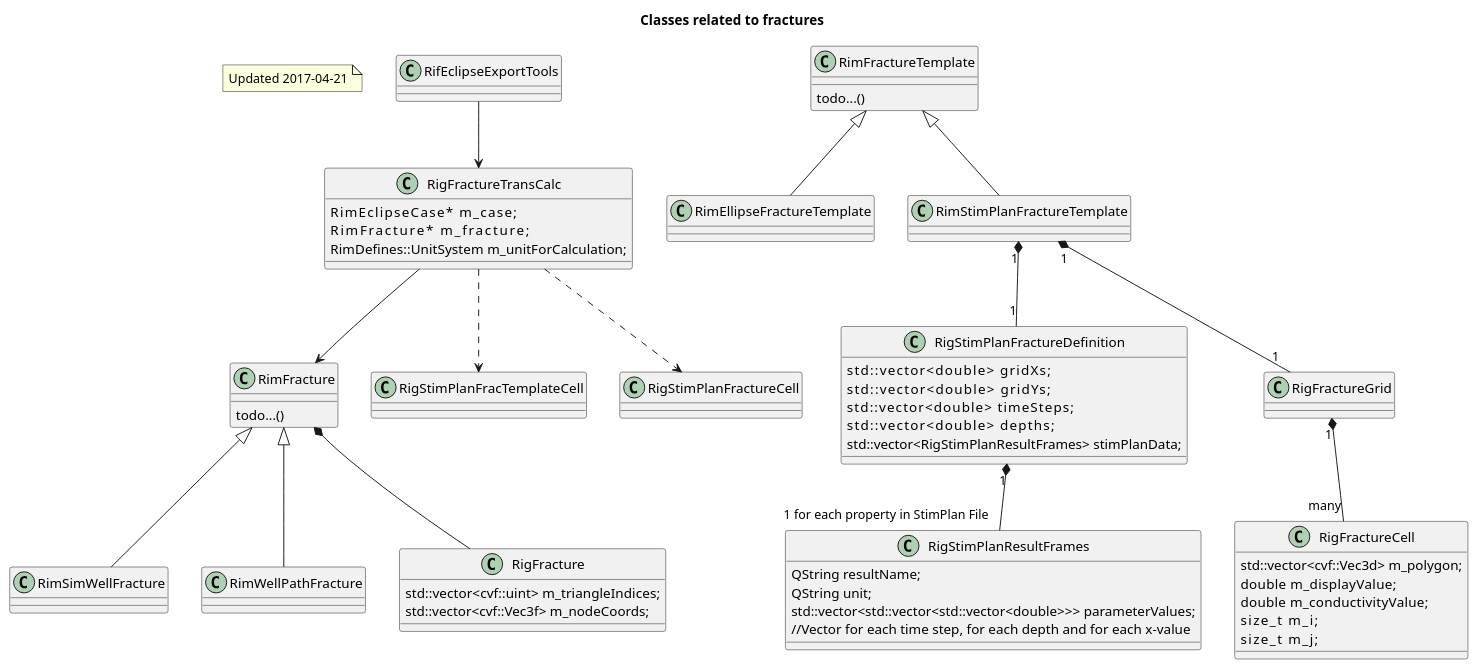
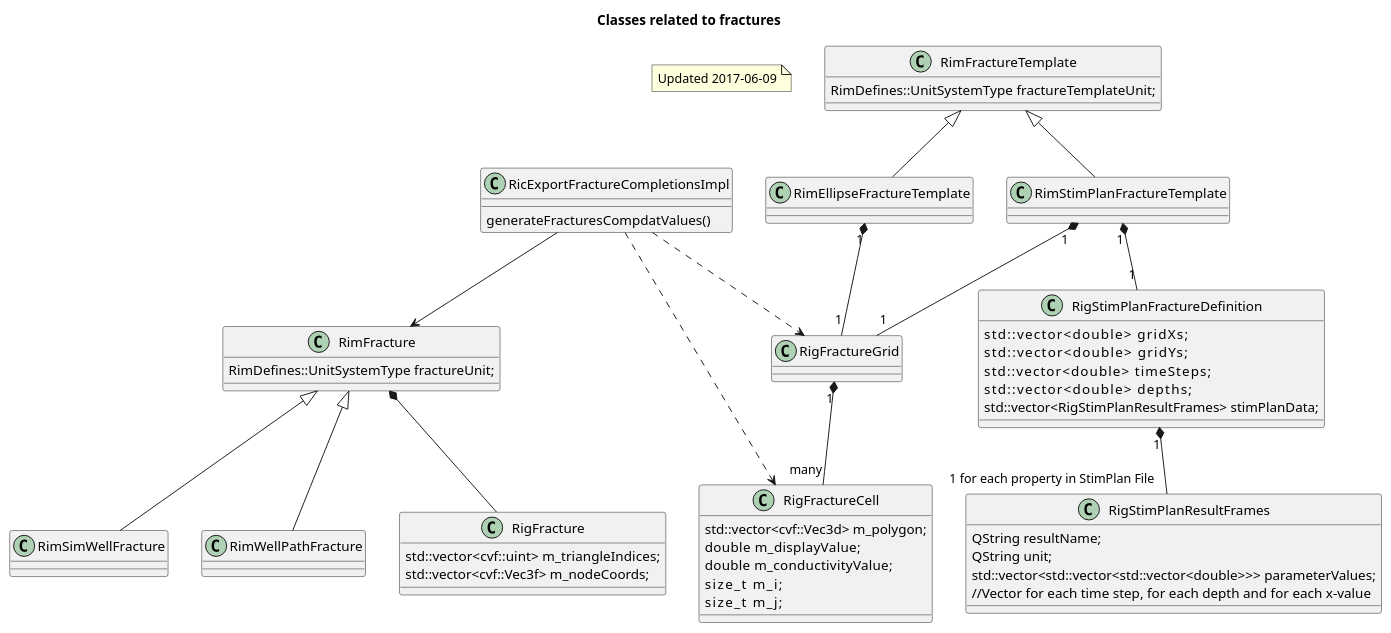
The diagram in doc/fracture_clases.plantuml (OPM/ResInsight), drawn with PlantUML before and after one commit.

Commit message:
Updates to plantuml

```diff
--- a/doc/fracture_clases.plantuml
+++ b/doc/fracture_clases.plantuml
@@ -1,101 +1,95 @@
 @startuml
 
 Title Classes related to fractures
 
 note as N1
- Updated 2017-04-21
+ Updated 2017-06-09
 end note
 
 class RimFracture {
-  todo...()
+RimDefines::UnitSystemType fractureUnit;
 }
 
 class RimSimWellFracture {
 }
 class RimWellPathFracture {
 }
 
 
 RimFracture <|-- RimSimWellFracture
 RimFracture <|-- RimWellPathFracture
 
 class RigFracture{
     std::vector<cvf::uint>  m_triangleIndices;
     std::vector<cvf::Vec3f> m_nodeCoords;
 
 }
 
 RimFracture *-- RigFracture
 
 class RimFractureTemplate {
-  todo...()
+RimDefines::UnitSystemType fractureTemplateUnit;
 }
 
 class RimEllipseFractureTemplate {
 }
 class RimStimPlanFractureTemplate {
 }
 
 
 RimFractureTemplate <|-- RimEllipseFractureTemplate
 RimFractureTemplate <|-- RimStimPlanFractureTemplate
 
 class RigStimPlanFractureDefinition{
     std::vector<double>          gridXs;
     std::vector<double>          gridYs;
     std::vector<double>          timeSteps;
     std::vector<double>          depths;
     std::vector<RigStimPlanResultFrames> stimPlanData;
 
 }
 
 class RigFractureCell{
     std::vector<cvf::Vec3d> m_polygon;
     double   m_displayValue;
     double   m_conductivityValue;
     size_t     m_i;
     size_t     m_j;
 
 
 }
 
 class RigFractureGrid{
 }
 
 
 RimStimPlanFractureTemplate "1" *-- "1" RigStimPlanFractureDefinition
 RimStimPlanFractureTemplate "1" *-- "1" RigFractureGrid
+RimEllipseFractureTemplate "1" *-- "1" RigFractureGrid
 RigFractureGrid "1" *-- "many" RigFractureCell
 
 class RigStimPlanResultFrames{
     QString resultName;
     QString unit;
     std::vector<std::vector<std::vector<double>>> parameterValues;
     //Vector for each time step, for each depth and for each x-value
 
 }
 
 RigStimPlanFractureDefinition "1" *-- "1 for each property in StimPlan File" RigStimPlanResultFrames
 
+RicExportFractureCompletionsImpl --> RimFracture 
+RicExportFractureCompletionsImpl ..> RigFractureGrid
+RicExportFractureCompletionsImpl ..> RigFractureCell
 
-class RigFractureTransCalc{
-    RimEclipseCase*         m_case;
-    RimFracture*            m_fracture;
-    RimDefines::UnitSystem  m_unitForCalculation;
+
+class RicExportFractureCompletionsImpl{
+generateFracturesCompdatValues()
 }
 
-RigFractureTransCalc --> RimFracture 
-RigFractureTransCalc ..> RigStimPlanFracTemplateCell
-RigFractureTransCalc ..> RigStimPlanFractureCell
-
-
-class RifEclipseExportTools{
-}
-
-RifEclipseExportTools --> RigFractureTransCalc 
 
 
 
 
 
 @enduml
```
